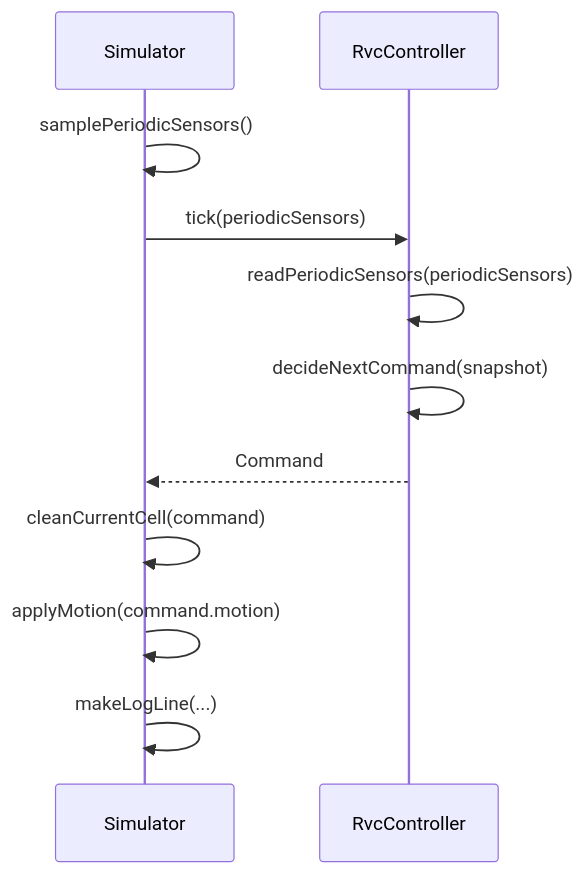
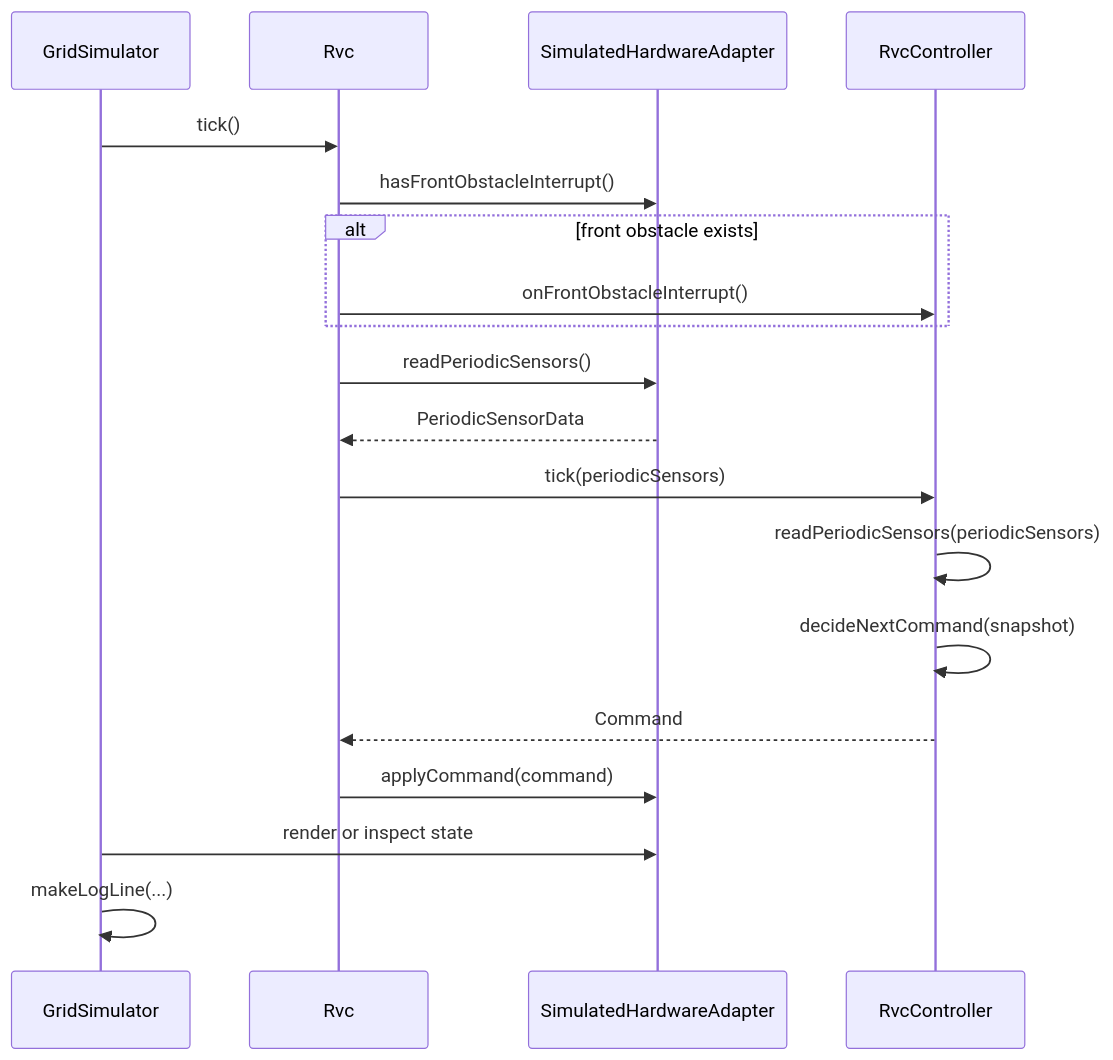
The first of 6 diagrams in docs/ood_sequence_diagrams.md (reload02/ooad-vibe), drawn with Mermaid before and after one commit. The commit also changed other lines of this file and 15 other files, not shown here.

First line of the commit message:
Refactor RVC Control System Architecture

````diff
--- a/docs/ood_sequence_diagrams.md
+++ b/docs/ood_sequence_diagrams.md
@@ -5,14 +9,22 @@
 ```mermaid
 sequenceDiagram
-    participant Simulator
+    participant Simulator as GridSimulator
+    participant Rvc
+    participant Adapter as SimulatedHardwareAdapter
     participant Controller as RvcController
 
-    Simulator->>Simulator: samplePeriodicSensors()
-    Simulator->>Controller: tick(periodicSensors)
+    Simulator->>Rvc: tick()
+    Rvc->>Adapter: hasFrontObstacleInterrupt()
+    alt front obstacle exists
+        Rvc->>Controller: onFrontObstacleInterrupt()
+    end
+    Rvc->>Adapter: readPeriodicSensors()
+    Adapter-->>Rvc: PeriodicSensorData
+    Rvc->>Controller: tick(periodicSensors)
     Controller->>Controller: readPeriodicSensors(periodicSensors)
     Controller->>Controller: decideNextCommand(snapshot)
-    Controller-->>Simulator: Command
-    Simulator->>Simulator: cleanCurrentCell(command)
-    Simulator->>Simulator: applyMotion(command.motion)
+    Controller-->>Rvc: Command
+    Rvc->>Adapter: applyCommand(command)
+    Simulator->>Adapter: render or inspect state
     Simulator->>Simulator: makeLogLine(...)
 ```
````
